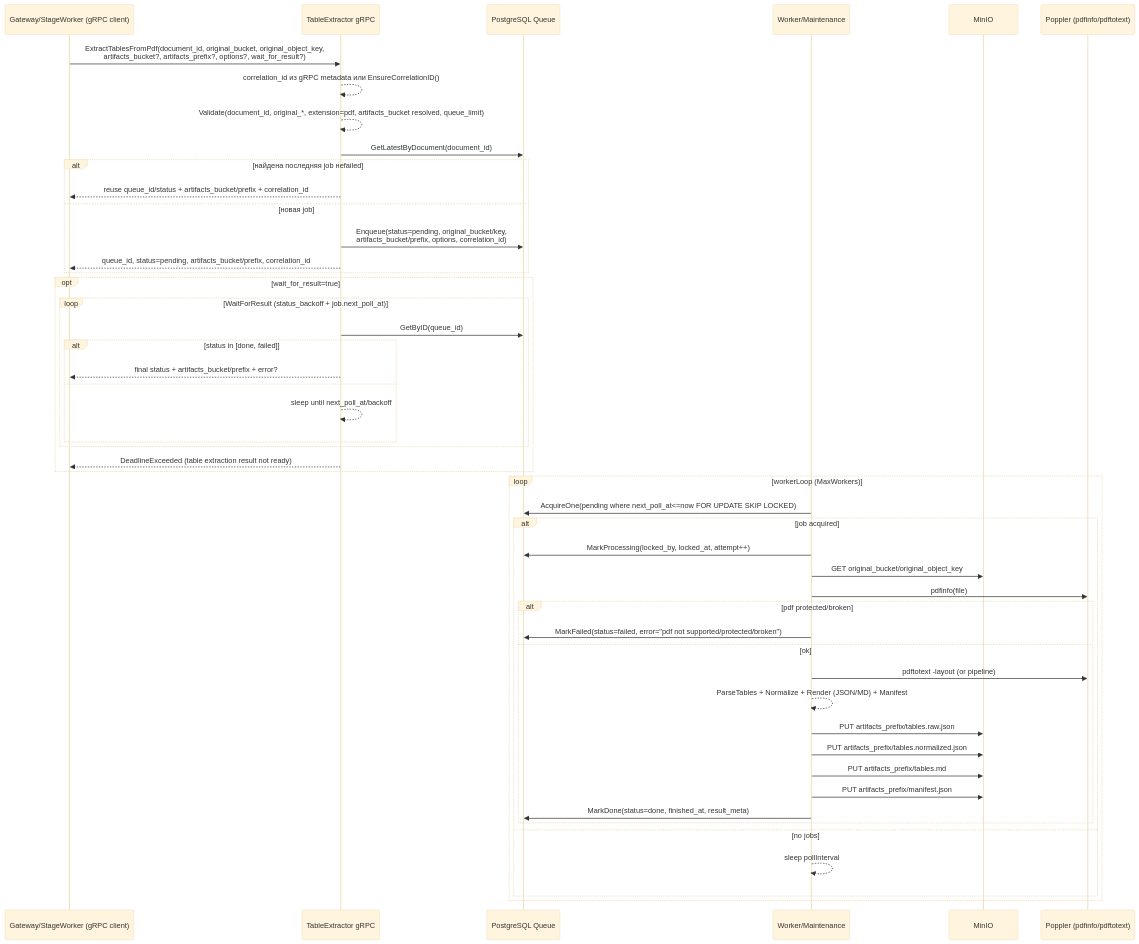
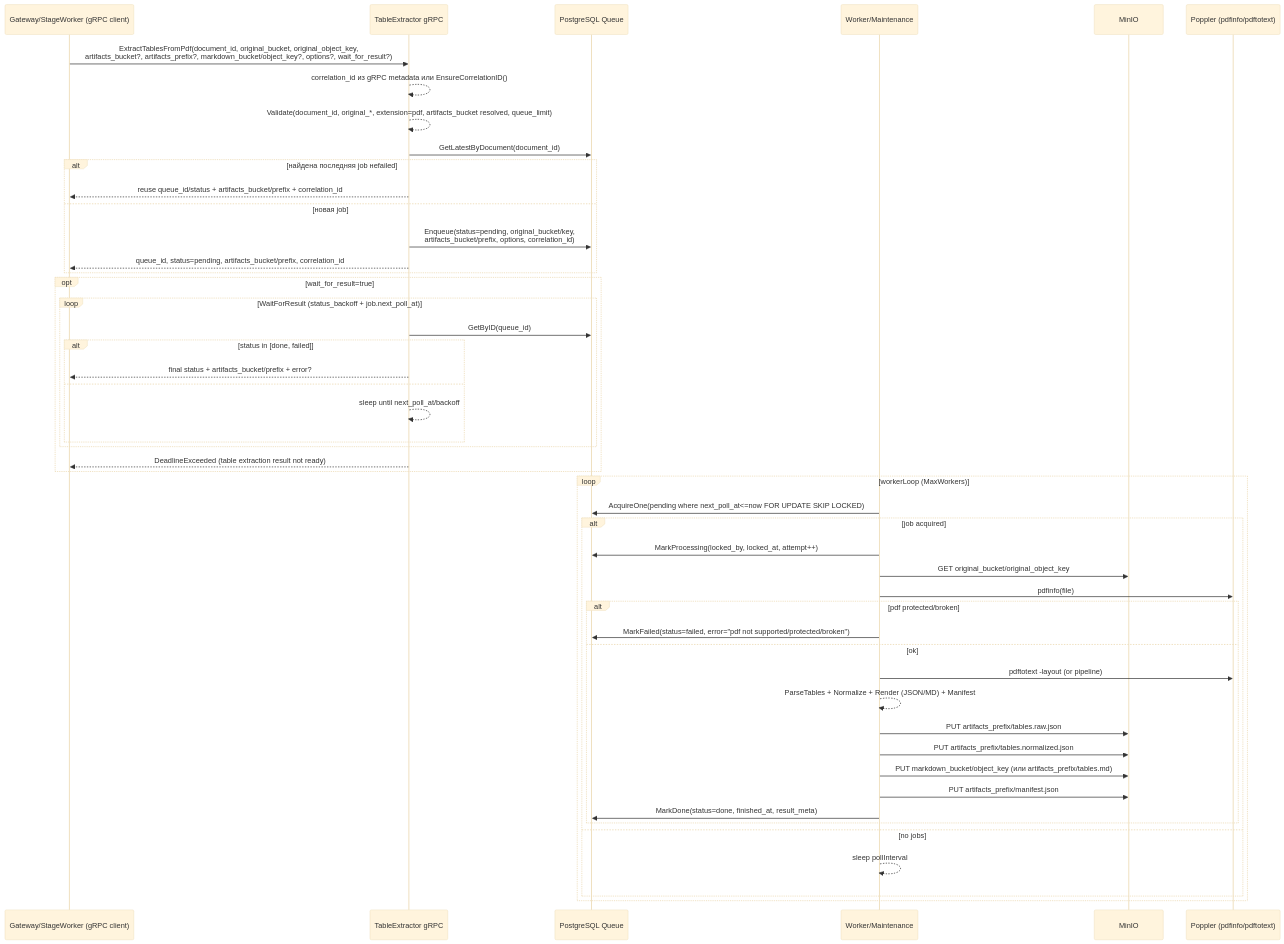
Before and after one commit to FedorovTeam/mono-repo: the first of 5 diagrams in backend/table-extractor-service/sequence.md, drawn with Mermaid (base theme). The commit also changed 21 other files, not shown here.

Commit message:
Add markdown override and queue schema updates

````diff
--- a/backend/table-extractor-service/sequence.md
+++ b/backend/table-extractor-service/sequence.md
@@ -9,54 +9,54 @@
 ```mermaid
 sequenceDiagram
     participant CL as Gateway/StageWorker (gRPC client)
     participant TE as TableExtractor gRPC
     participant PG as PostgreSQL Queue
     participant WK as Worker/Maintenance
     participant MN as MinIO
     participant PP as Poppler (pdfinfo/pdftotext)
 
-    CL->>TE: ExtractTablesFromPdf(document_id, original_bucket, original_object_key,<br/>artifacts_bucket?, artifacts_prefix?, options?, wait_for_result?)
+    CL->>TE: ExtractTablesFromPdf(document_id, original_bucket, original_object_key,<br/>artifacts_bucket?, artifacts_prefix?, markdown_bucket/object_key?, options?, wait_for_result?)
     TE-->>TE: correlation_id из gRPC metadata или EnsureCorrelationID()
     TE-->>TE: Validate(document_id, original_*, extension=pdf, artifacts_bucket resolved, queue_limit)
     TE->>PG: GetLatestByDocument(document_id)
     alt найдена последняя job неfailed
         TE-->>CL: reuse queue_id/status + artifacts_bucket/prefix + correlation_id
     else новая job
         TE->>PG: Enqueue(status=pending, original_bucket/key,<br/>artifacts_bucket/prefix, options, correlation_id)
         TE-->>CL: queue_id, status=pending, artifacts_bucket/prefix, correlation_id
     end
 
     opt wait_for_result=true
         loop WaitForResult (status_backoff + job.next_poll_at)
             TE->>PG: GetByID(queue_id)
             alt status in [done, failed]
                 TE-->>CL: final status + artifacts_bucket/prefix + error?
             else
                 TE-->>TE: sleep until next_poll_at/backoff
             end
         end
         TE-->>CL: DeadlineExceeded (table extraction result not ready)
     end
 
     loop workerLoop (MaxWorkers)
         WK->>PG: AcquireOne(pending where next_poll_at<=now FOR UPDATE SKIP LOCKED)
         alt job acquired
             WK->>PG: MarkProcessing(locked_by, locked_at, attempt++)
             WK->>MN: GET original_bucket/original_object_key
             WK->>PP: pdfinfo(file)
             alt pdf protected/broken
                 WK->>PG: MarkFailed(status=failed, error="pdf not supported/protected/broken")
             else ok
                 WK->>PP: pdftotext -layout (or pipeline)
                 WK-->>WK: ParseTables + Normalize + Render (JSON/MD) + Manifest
                 WK->>MN: PUT artifacts_prefix/tables.raw.json
                 WK->>MN: PUT artifacts_prefix/tables.normalized.json
-                WK->>MN: PUT artifacts_prefix/tables.md
+                WK->>MN: PUT markdown_bucket/object_key (или artifacts_prefix/tables.md)
                 WK->>MN: PUT artifacts_prefix/manifest.json
                 WK->>PG: MarkDone(status=done, finished_at, result_meta)
             end
         else no jobs
             WK-->>WK: sleep pollInterval
         end
     end
 ```
````
